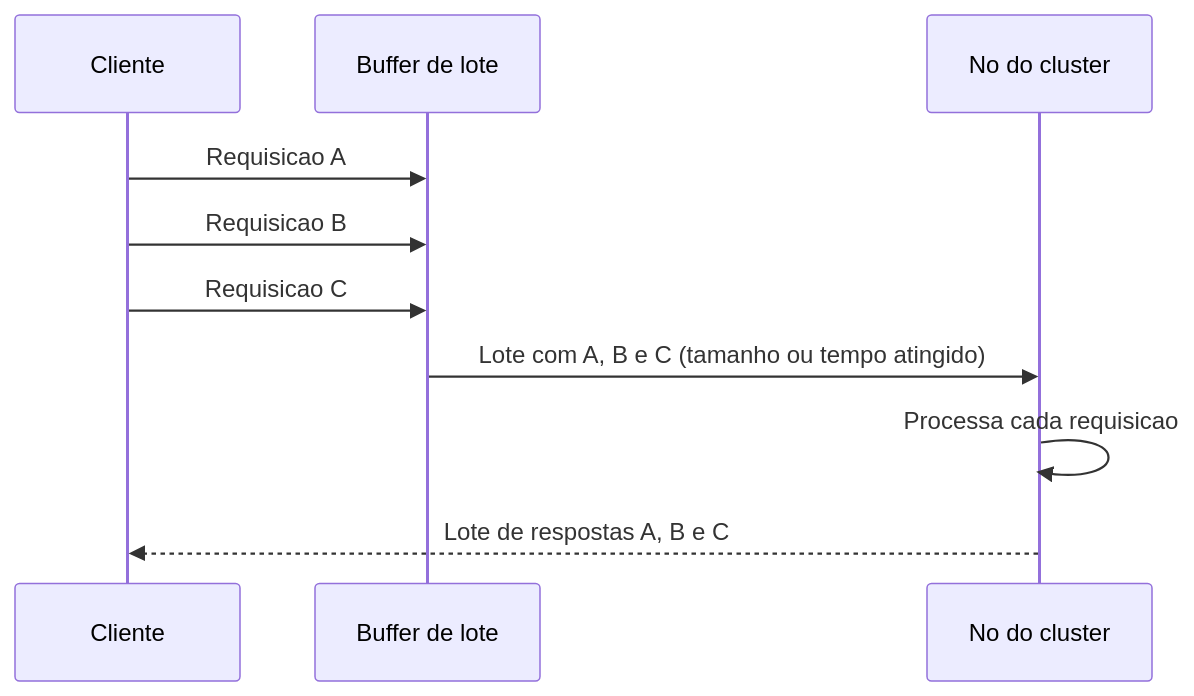
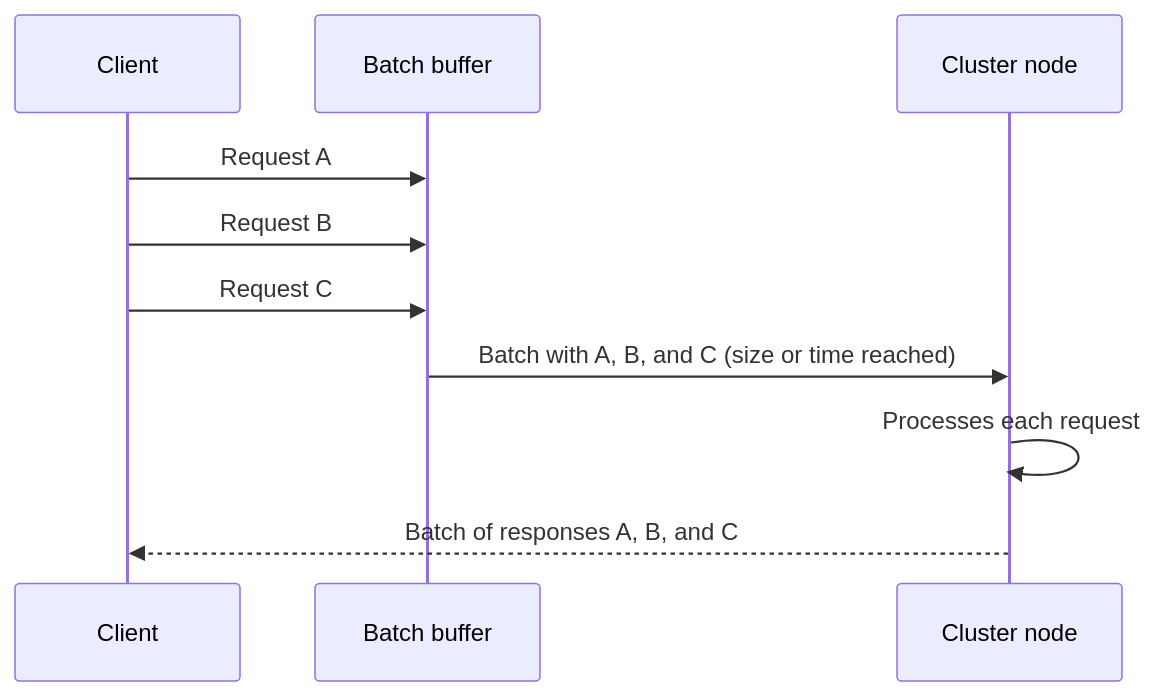
Before and after one commit to alancesar/design-patterns: the diagram in docs/architecture/distributed-systems/node-communication/request-batch.md, drawn with Mermaid. The commit also changed 258 other files, not shown here.

First line of the commit message:
Translate Mermaid diagrams to English

````diff
--- a/docs/architecture/distributed-systems/node-communication/request-batch.md
+++ b/docs/architecture/distributed-systems/node-communication/request-batch.md
@@ -55,12 +55,12 @@
 ```mermaid
 sequenceDiagram
-    participant C as Cliente
-    participant B as Buffer de lote
-    participant N as No do cluster
-    C->>B: Requisicao A
-    C->>B: Requisicao B
-    C->>B: Requisicao C
-    B->>N: Lote com A, B e C (tamanho ou tempo atingido)
-    N->>N: Processa cada requisicao
-    N-->>C: Lote de respostas A, B e C
+    participant C as Client
+    participant B as Batch buffer
+    participant N as Cluster node
+    C->>B: Request A
+    C->>B: Request B
+    C->>B: Request C
+    B->>N: Batch with A, B, and C (size or time reached)
+    N->>N: Processes each request
+    N-->>C: Batch of responses A, B, and C
 ```
````
